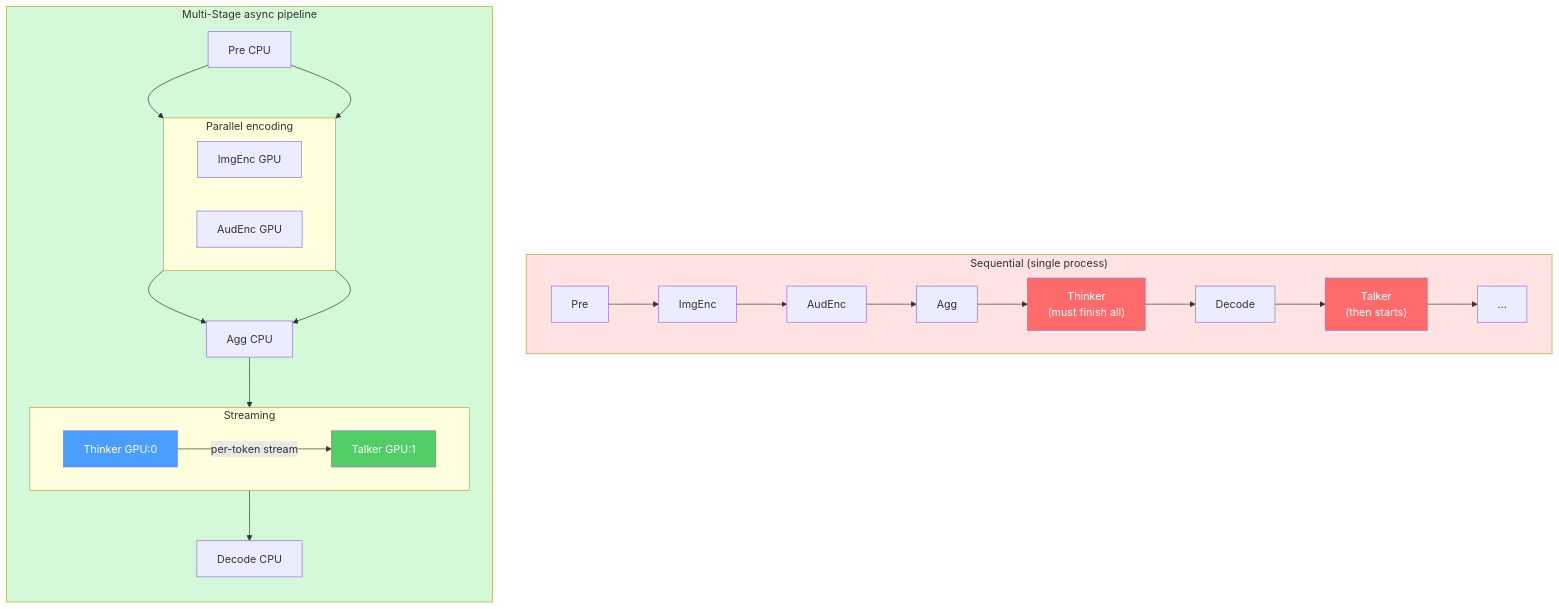
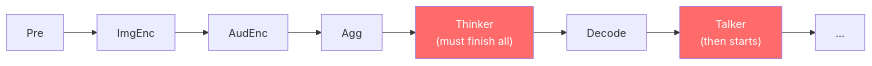
The tenth of 32 diagrams in sglang/sglang-omni/README.md (zhaochenyang20/Awesome-ML-SYS-Tutorial), drawn with Mermaid before and after one commit. The commit also changed other lines of this file, not shown here.

Commit message:
style: split comparison diagram into two separate LR charts
The combined TB graph with mixed LR/TB subgraphs rendered poorly.
Split into two independent graph LR diagrams for consistent layout.

````diff
--- a/sglang/sglang-omni/README.md
+++ b/sglang/sglang-omni/README.md
@@ -431,36 +433,7 @@
 ```mermaid
-graph TB
-    subgraph Serial["Sequential (single process)"]
-        direction LR
-        S1["Pre"] --> S2["ImgEnc"] --> S3["AudEnc"] --> S4["Agg"] --> S5["Thinker<br/>(must finish all)"] --> S6["Decode"] --> S7["Talker<br/>(then starts)"] --> S8["..."]
-    end
+graph LR
+    S1["Pre"] --> S2["ImgEnc"] --> S3["AudEnc"] --> S4["Agg"] --> S5["Thinker<br/>(must finish all)"] --> S6["Decode"] --> S7["Talker<br/>(then starts)"] --> S8["..."]
 
-    subgraph Async["Multi-Stage async pipeline"]
-        direction TB
-
-        subgraph Row1["Parallel encoding"]
-            direction LR
-            A1["ImgEnc GPU"]
-            A2["AudEnc GPU"]
-        end
-
-        subgraph Row2["Streaming"]
-            direction LR
-            B1["Thinker GPU:0"]
-            B2["Talker GPU:1"]
-            B1 -- "per-token stream" --> B2
-        end
-
-        Pre2["Pre CPU"] --> A1 & A2
-        A1 & A2 --> Agg2["Agg CPU"]
-        Agg2 --> B1
-        B1 --> Dec2["Decode CPU"]
-    end
-
-    style Serial fill:#ffe3e3,color:#333
-    style Async fill:#d3f9d8,color:#333
     style S5 fill:#ff6b6b,color:#fff
     style S7 fill:#ff6b6b,color:#fff
-    style B1 fill:#4a9eff,color:#fff
-    style B2 fill:#51cf66,color:#fff
 ```
````
